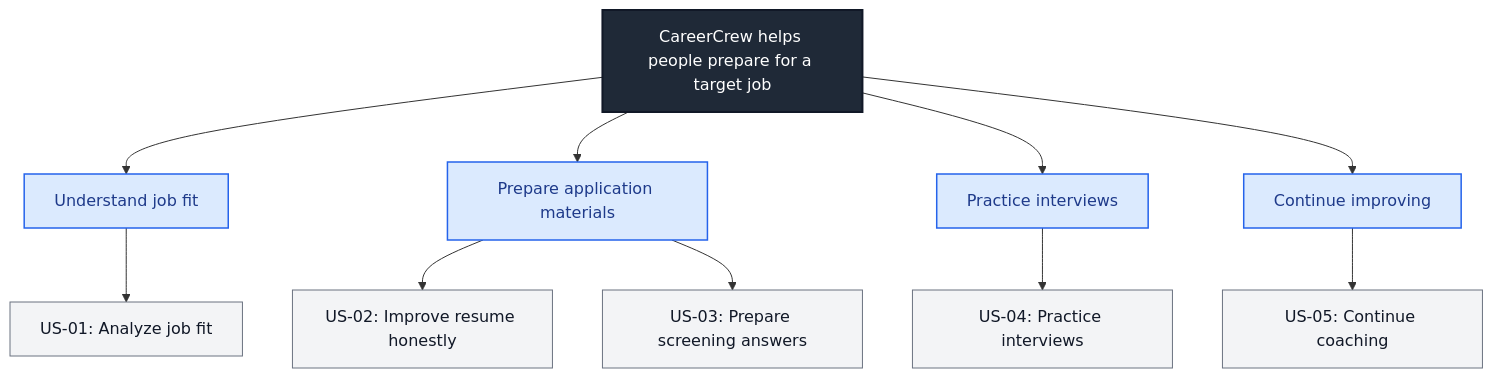
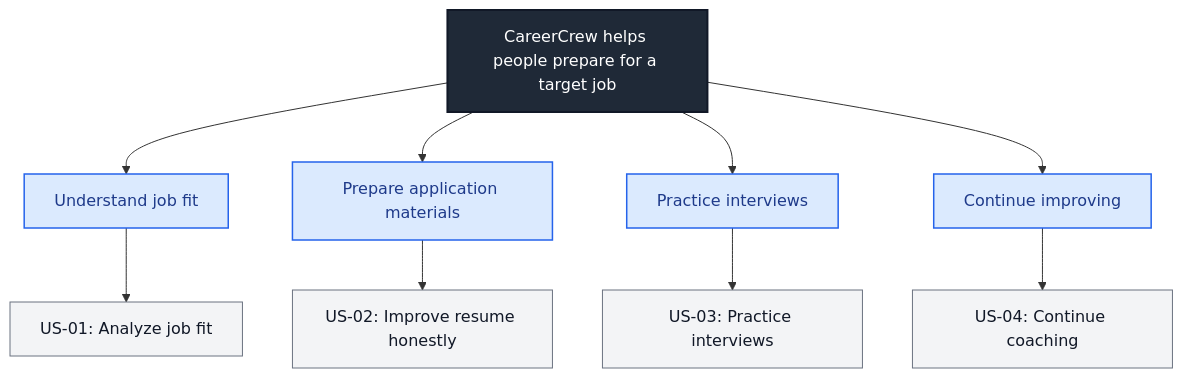
The sixth of 6 diagrams in docs/engineering/use-cases-and-user-stories.md (helenapedro/careercrew), drawn with Mermaid before and after one commit. The commit also changed other lines of this file and 53 other files, not shown here.

````diff
--- a/docs/engineering/use-cases-and-user-stories.md
+++ b/docs/engineering/use-cases-and-user-stories.md
@@ -192,21 +162,20 @@
 ```mermaid
 flowchart TB
     GOAL["CareerCrew helps people prepare for a target job"]
     GOAL --> A["Understand job fit"]
     GOAL --> B["Prepare application materials"]
     GOAL --> C["Practice interviews"]
     GOAL --> D["Continue improving"]
 
     A --> A1["US-01: Analyze job fit"]
     B --> B1["US-02: Improve resume honestly"]
-    B --> B2["US-03: Prepare screening answers"]
-    C --> C1["US-04: Practice interviews"]
-    D --> D1["US-05: Continue coaching"]
+    C --> C1["US-03: Practice interviews"]
+    D --> D1["US-04: Continue coaching"]
 
     classDef goal fill:#1F2937,stroke:#111827,color:#FFFFFF,stroke-width:2px;
     classDef outcome fill:#DBEAFE,stroke:#2563EB,color:#1E3A8A,stroke-width:1.5px;
     classDef story fill:#F3F4F6,stroke:#6B7280,color:#111827;
     class GOAL goal;
     class A,B,C,D outcome;
-    class A1,B1,B2,C1,D1 story;
+    class A1,B1,C1,D1 story;
 ```
````
